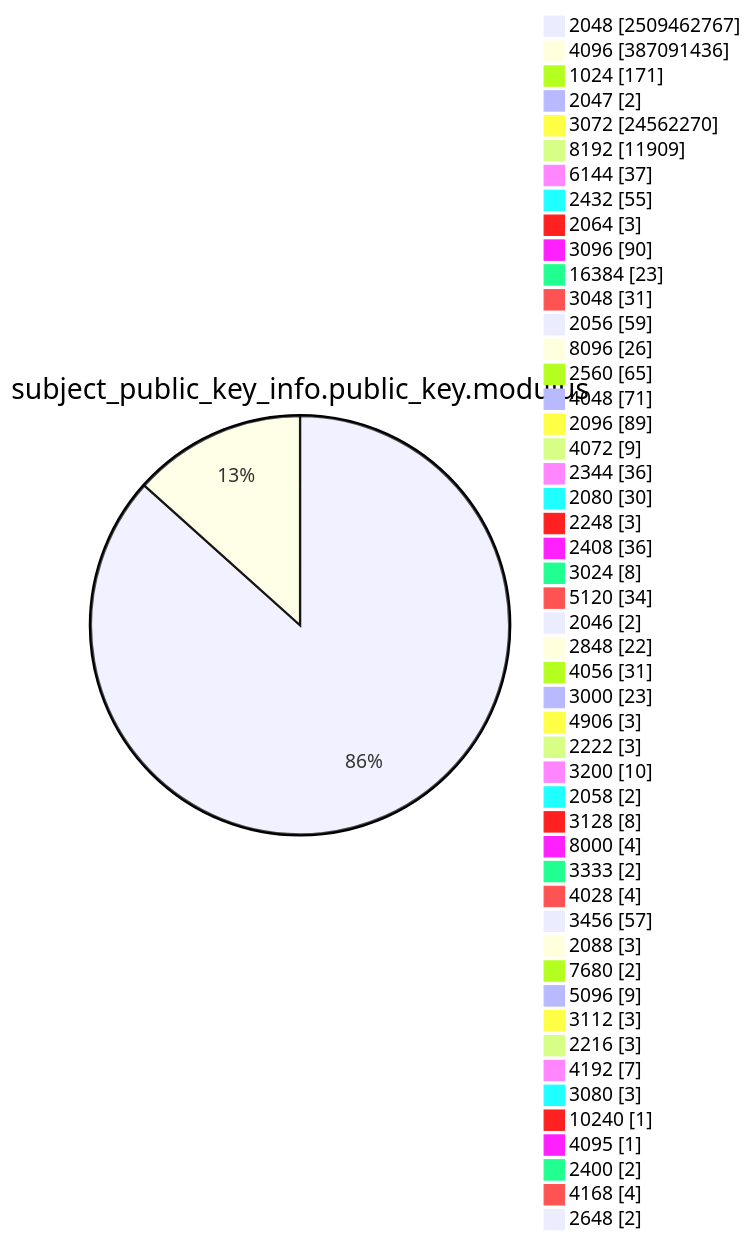
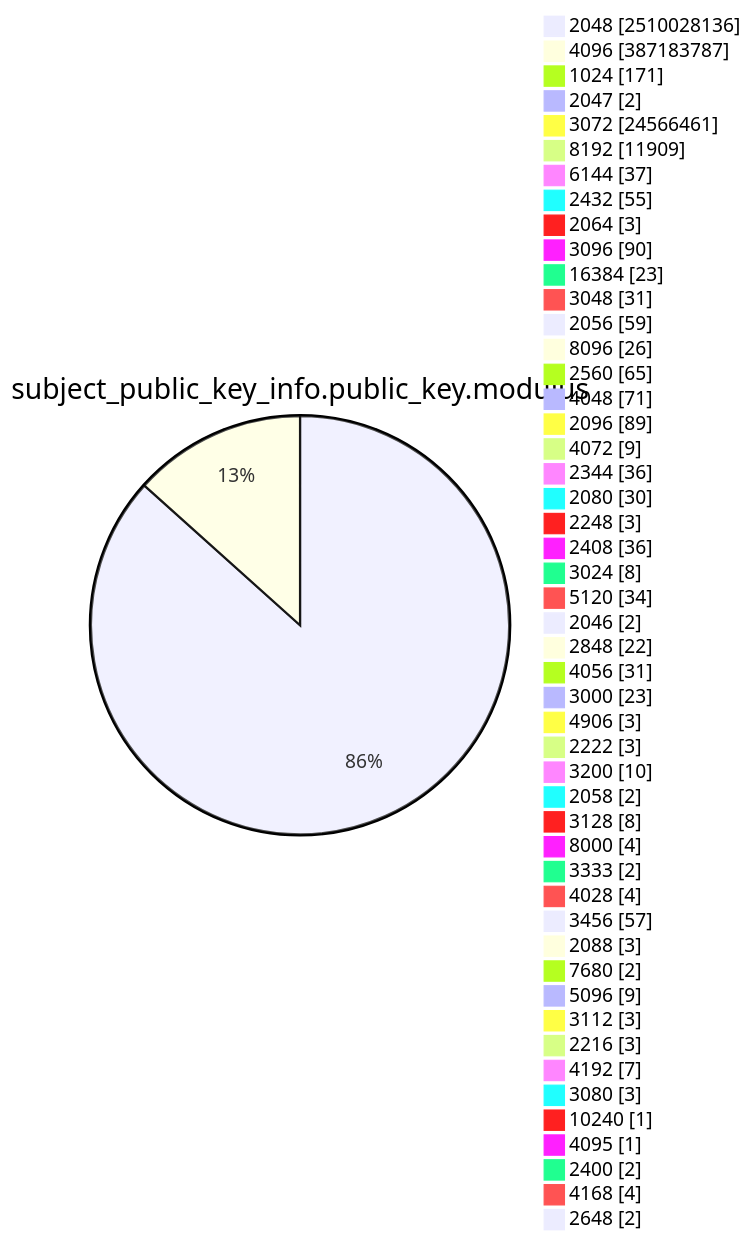
One commit to christiankrug/ctmonitor_visualization changed diagram 13 of 15 in TOTAL/README.md. Above: the diagram before and after it, drawn with Mermaid. The commit also changed other lines of this file, not shown here.

````diff
--- a/TOTAL/README.md
+++ b/TOTAL/README.md
@@ -4169,53 +4169,53 @@
 ```mermaid
 pie showData
 title subject_public_key_info.public_key.modulus
-"2048" :2509462767
-"4096" :387091436
+"2048" :2510028136
+"4096" :387183787
 "1024" :171
 "2047" :2
-"3072" :24562270
+"3072" :24566461
 "8192" :11909
 "6144" :37
 "2432" :55
 "2064" :3
 "3096" :90
 "16384" :23
 "3048" :31
 "2056" :59
 "8096" :26
 "2560" :65
 "4048" :71
 "2096" :89
 "4072" :9
 "2344" :36
 "2080" :30
 "2248" :3
 "2408" :36
 "3024" :8
 "5120" :34
 "2046" :2
 "2848" :22
 "4056" :31
 "3000" :23
 "4906" :3
 "2222" :3
 "3200" :10
 "2058" :2
 "3128" :8
 "8000" :4
 "3333" :2
 "4028" :4
 "3456" :57
 "2088" :3
 "7680" :2
 "5096" :9
 "3112" :3
 "2216" :3
 "4192" :7
 "3080" :3
 "10240" :1
 "4095" :1
 "2400" :2
 "4168" :4
 "2648" :2
 ```
````
